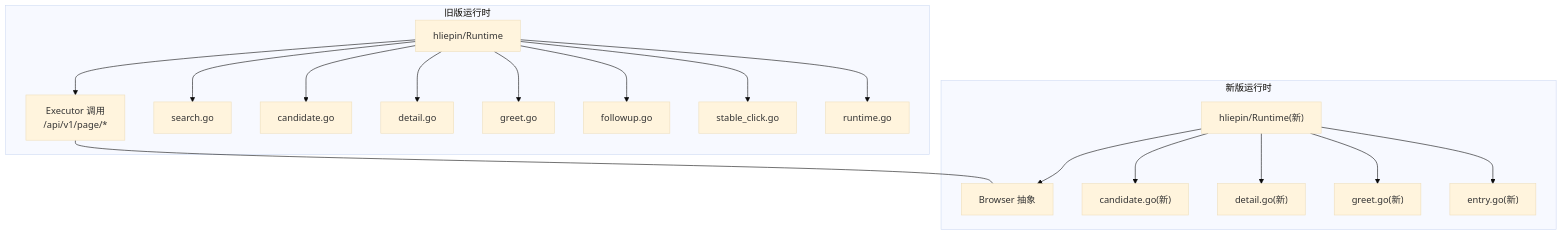
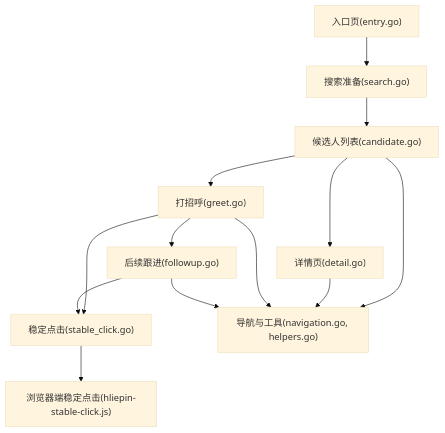
One commit to alvinwangzi/goodhr changed the first of 10 diagrams in .qoder/repowiki/zh/content/系统架构/本地Agent架构/平台适配器系统/猎聘适配器.md. Above: the diagram before and after it, drawn with Mermaid (base theme). The commit also changed other lines of this file and 149 other files, not shown here.

````diff
--- a/.qoder/repowiki/zh/content/系统架构/本地Agent架构/平台适配器系统/猎聘适配器.md
+++ b/.qoder/repowiki/zh/content/系统架构/本地Agent架构/平台适配器系统/猎聘适配器.md
@@ -40,21 +58,15 @@
 ```mermaid
 graph TB
-subgraph "旧版运行时"
-H1["hliepin/Runtime"] --> E1["Executor 调用<br/>/api/v1/page/*"]
-H1 --> S1["search.go"]
-H1 --> C1["candidate.go"]
-H1 --> D1["detail.go"]
-H1 --> G1["greet.go"]
-H1 --> F1["followup.go"]
-H1 --> SC1["stable_click.go"]
-H1 --> R1["runtime.go"]
-end
-subgraph "新版运行时"
-N1["hliepin/Runtime(新)"] --> B1["Browser 抽象"]
-N1 --> NC1["candidate.go(新)"]
-N1 --> ND1["detail.go(新)"]
-N1 --> NG1["greet.go(新)"]
-N1 --> NE1["entry.go(新)"]
-end
-E1 --- B1
+A["入口页(entry.go)"] --> B["搜索准备(search.go)"]
+B --> C["候选人列表(candidate.go)"]
+C --> D["详情页(detail.go)"]
+C --> E["打招呼(greet.go)"]
+E --> F["后续跟进(followup.go)"]
+E --> G["稳定点击(stable_click.go)"]
+F --> G
+G --> H["浏览器端稳定点击(hliepin-stable-click.js)"]
+C --> I["导航与工具(navigation.go, helpers.go)"]
+D --> I
+E --> I
+F --> I
 ```
````
